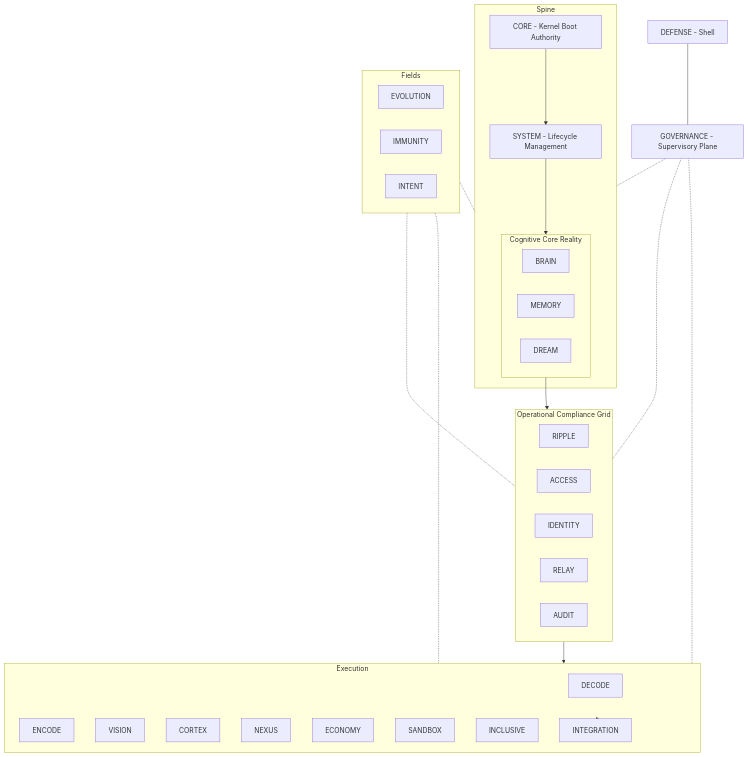
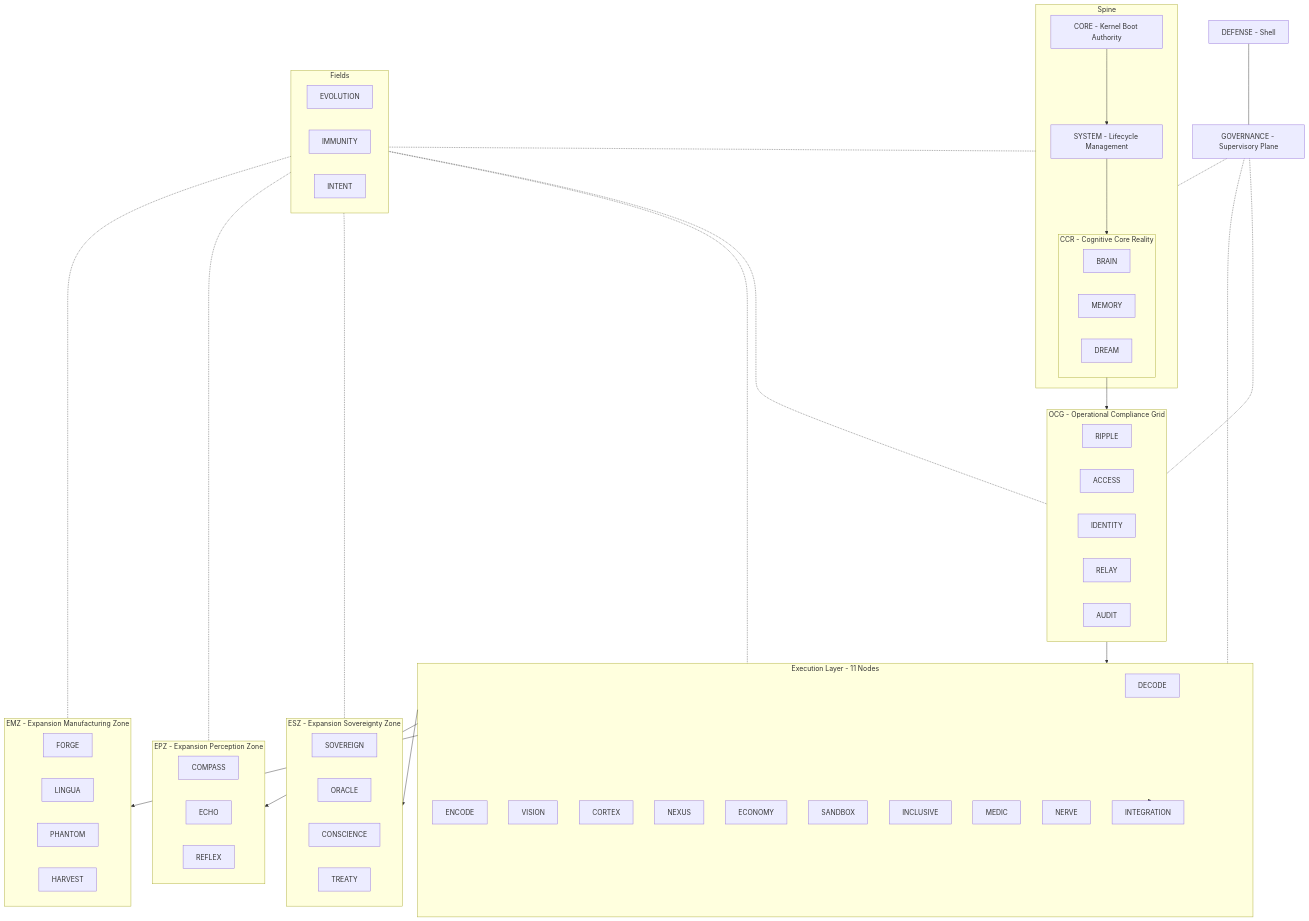
Before and after one commit to SweetKenneth/cmpsbl: the diagram in docs/01-architecture/master-architecture-spec.md, drawn with Mermaid. The commit also changed other lines of this file and 1 other file, not shown here.

Commit message:
Expanded 37-node matrix

````diff
--- a/docs/01-architecture/master-architecture-spec.md
+++ b/docs/01-architecture/master-architecture-spec.md
@@ -27,54 +28,82 @@
 ```mermaid
 graph TD
     subgraph Spine
         CORE[CORE - Kernel Boot Authority]
-        SYSTEM[SYSTEM - Lifecycle Management]
-        subgraph CCR[Cognitive Core Reality]
+        SYSTEM_NODE[SYSTEM - Lifecycle Management]
+        subgraph CCR[CCR - Cognitive Core Reality]
             BRAIN[BRAIN]
-            MEMORY[MEMORY]
+            MEMORY_NODE[MEMORY]
             DREAM[DREAM]
         end
     end
 
-    subgraph OCG[Operational Compliance Grid]
+    subgraph OCG[OCG - Operational Compliance Grid]
         RIPPLE[RIPPLE]
         ACCESS[ACCESS]
         IDENTITY[IDENTITY]
         RELAY[RELAY]
         AUDIT_NODE[AUDIT]
     end
 
-    subgraph Execution
+    subgraph EXL[Execution Layer - 11 Nodes]
         DECODE[DECODE]
         ENCODE[ENCODE]
         VISION[VISION]
         CORTEX[CORTEX]
-        NEXUS[NEXUS]
+        NEXUS_NODE[NEXUS]
         ECONOMY[ECONOMY]
         SANDBOX[SANDBOX]
         INCLUSIVE[INCLUSIVE]
+        MEDIC[MEDIC]
+        NERVE_NODE[NERVE]
         INTEGRATION[INTEGRATION]
+    end
+
+    subgraph ESZ[ESZ - Expansion Sovereignty Zone]
+        SOVEREIGN[SOVEREIGN]
+        ORACLE[ORACLE]
+        CONSCIENCE[CONSCIENCE]
+        TREATY[TREATY]
+    end
+
+    subgraph EPZ[EPZ - Expansion Perception Zone]
+        COMPASS[COMPASS]
+        ECHO[ECHO]
+        REFLEX[REFLEX]
+    end
+
+    subgraph EMZ[EMZ - Expansion Manufacturing Zone]
+        FORGE[FORGE]
+        LINGUA[LINGUA]
+        PHANTOM[PHANTOM]
+        HARVEST[HARVEST]
     end
 
     subgraph Fields
         EVOLUTION[EVOLUTION]
         IMMUNITY[IMMUNITY]
         INTENT[INTENT]
     end
 
     GOVERNANCE[GOVERNANCE - Supervisory Plane]
     DEFENSE[DEFENSE - Shell]
 
-    CORE --> SYSTEM
-    SYSTEM --> CCR
+    CORE --> SYSTEM_NODE
+    SYSTEM_NODE --> CCR
     CCR --> OCG
-    OCG --> Execution
-    Execution --> INTEGRATION
+    OCG --> EXL
+    EXL --> ESZ
+    EXL --> EPZ
+    EXL --> EMZ
+    EXL --> INTEGRATION
     Fields -.- Spine
     Fields -.- OCG
-    Fields -.- Execution
+    Fields -.- EXL
+    Fields -.- ESZ
+    Fields -.- EPZ
+    Fields -.- EMZ
     GOVERNANCE -.- Spine
     GOVERNANCE -.- OCG
-    GOVERNANCE -.- Execution
+    GOVERNANCE -.- EXL
     DEFENSE --- GOVERNANCE
 ```
````
